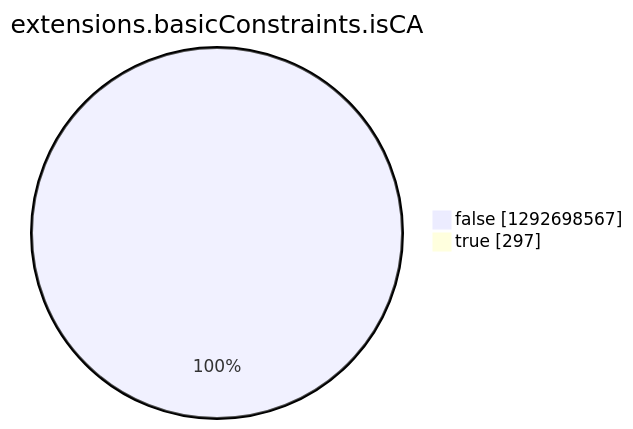
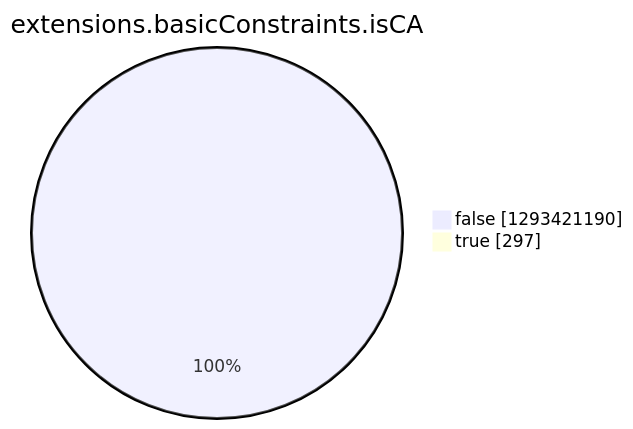
One commit to christiankrug/ctmonitor_visualization changed the eighth of 15 diagrams in argon2022/README.md. Above: the diagram before and after it, drawn with Mermaid. The commit also changed other lines of this file, not shown here.

````diff
--- a/argon2022/README.md
+++ b/argon2022/README.md
@@ -2756,6 +2756,6 @@
 ```mermaid
 pie showData
 title extensions.basicConstraints.isCA
-"false" :1292698567
+"false" :1293421190
 "true" :297
 ```
````
